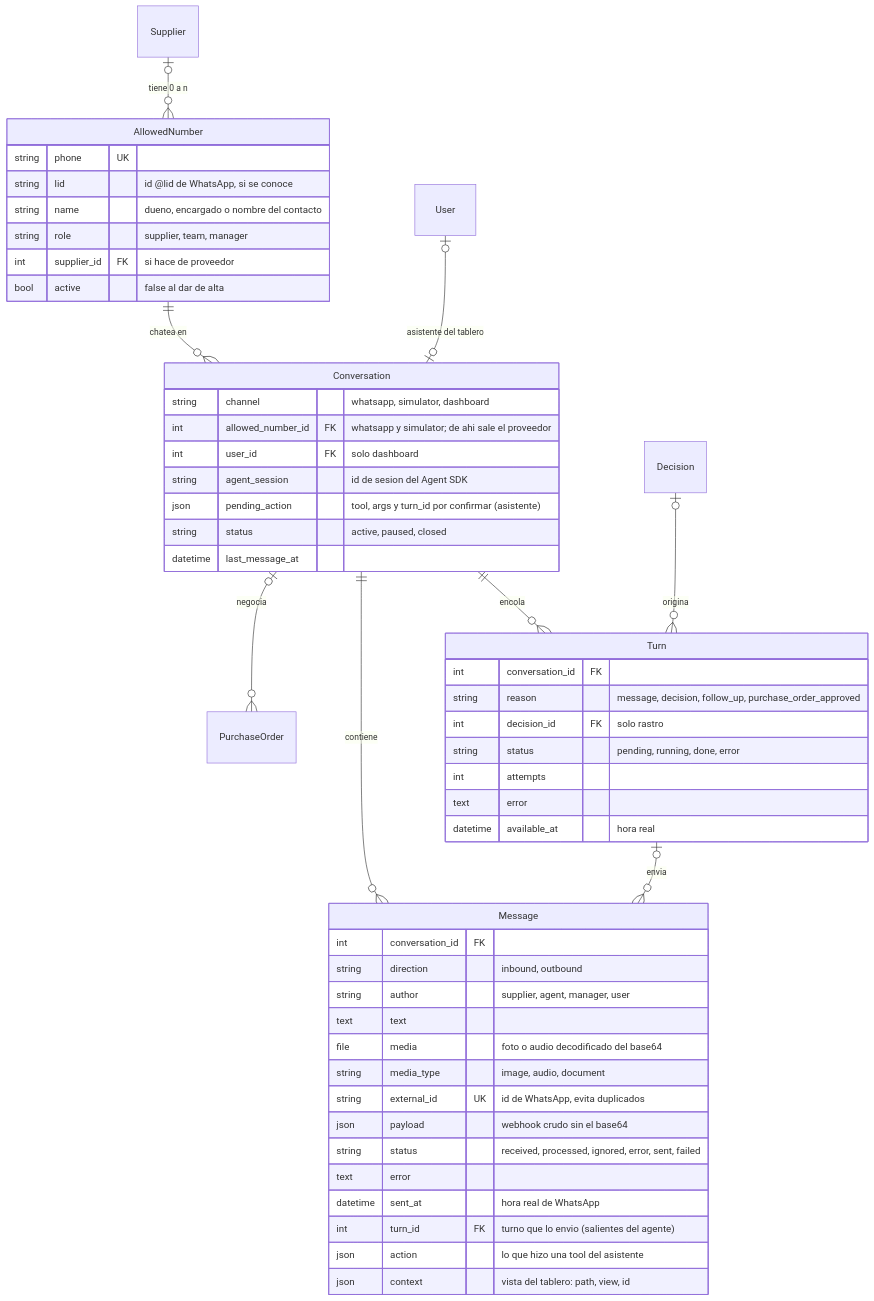
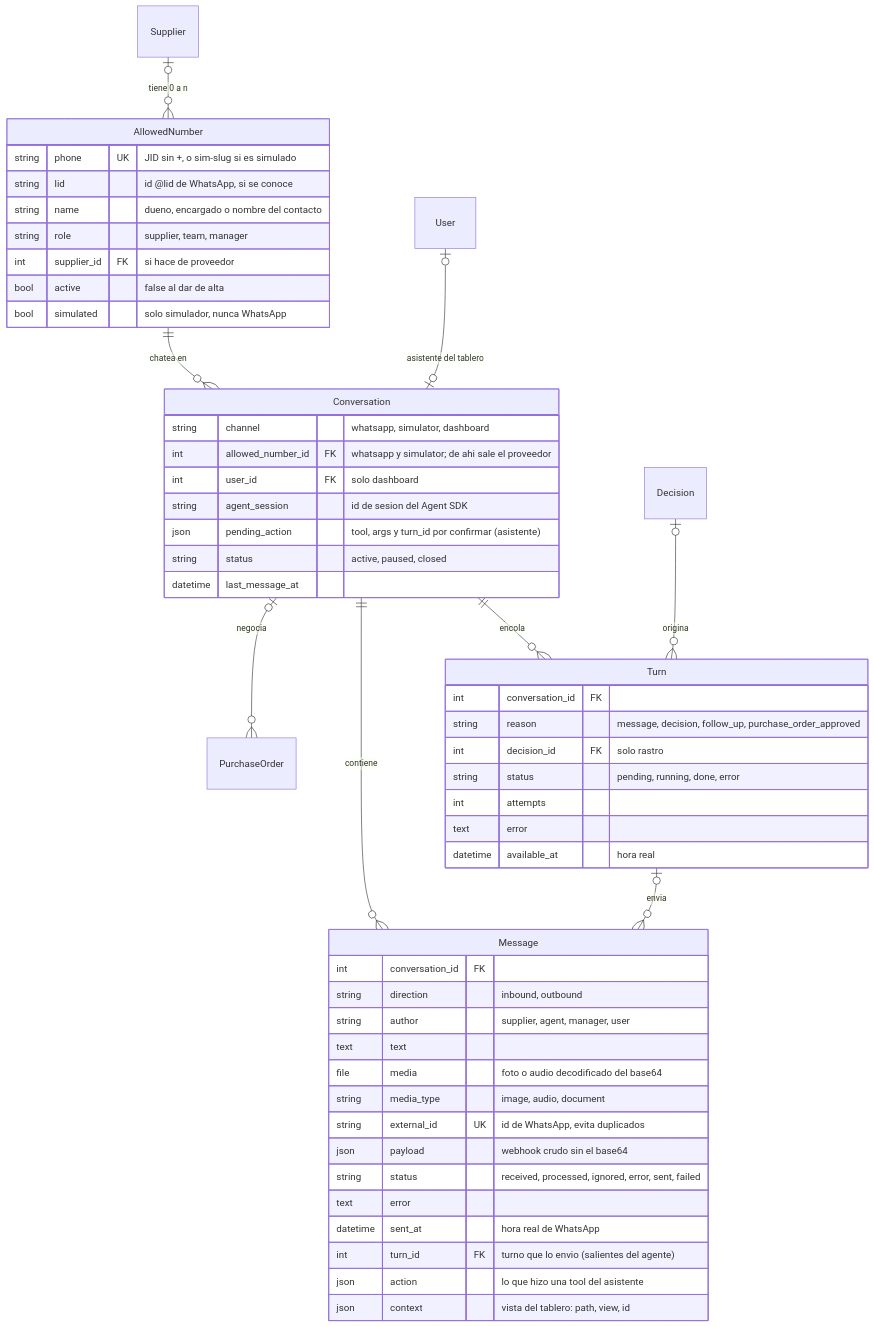
The fourth of 11 diagrams in docs/backend/modelo-de-datos.md (oscargicast/corpotex), drawn with Mermaid before and after one commit. The commit also changed other lines of this file and 4 other files, not shown here.

First line of the commit message:
Update docs for demo data, simulated numbers and style flow

````diff
--- a/docs/backend/modelo-de-datos.md
+++ b/docs/backend/modelo-de-datos.md
@@ -474,54 +474,55 @@
 ```mermaid
 erDiagram
     Supplier |o--o{ AllowedNumber : "tiene 0 a n"
     AllowedNumber ||--o{ Conversation : "chatea en"
     User |o--o| Conversation : "asistente del tablero"
     Conversation |o--o{ PurchaseOrder : "negocia"
     Conversation ||--o{ Message : "contiene"
     Conversation ||--o{ Turn : "encola"
     Turn |o--o{ Message : "envia"
     Decision |o--o{ Turn : "origina"
 
     AllowedNumber {
-        string phone UK
+        string phone UK "JID sin +, o sim-slug si es simulado"
         string lid "id @lid de WhatsApp, si se conoce"
         string name "dueno, encargado o nombre del contacto"
         string role "supplier, team, manager"
         int supplier_id FK "si hace de proveedor"
         bool active "false al dar de alta"
+        bool simulated "solo simulador, nunca WhatsApp"
     }
     Conversation {
         string channel "whatsapp, simulator, dashboard"
         int allowed_number_id FK "whatsapp y simulator; de ahi sale el proveedor"
         int user_id FK "solo dashboard"
         string agent_session "id de sesion del Agent SDK"
         json pending_action "tool, args y turn_id por confirmar (asistente)"
         string status "active, paused, closed"
         datetime last_message_at
     }
     Message {
         int conversation_id FK
         string direction "inbound, outbound"
         string author "supplier, agent, manager, user"
         text text
         file media "foto o audio decodificado del base64"
         string media_type "image, audio, document"
         string external_id UK "id de WhatsApp, evita duplicados"
         json payload "webhook crudo sin el base64"
         string status "received, processed, ignored, error, sent, failed"
         text error
         datetime sent_at "hora real de WhatsApp"
         int turn_id FK "turno que lo envio (salientes del agente)"
         json action "lo que hizo una tool del asistente"
         json context "vista del tablero: path, view, id"
     }
     Turn {
         int conversation_id FK
         string reason "message, decision, follow_up, purchase_order_approved"
         int decision_id FK "solo rastro"
         string status "pending, running, done, error"
         int attempts
         text error
         datetime available_at "hora real"
     }
 ```
````
